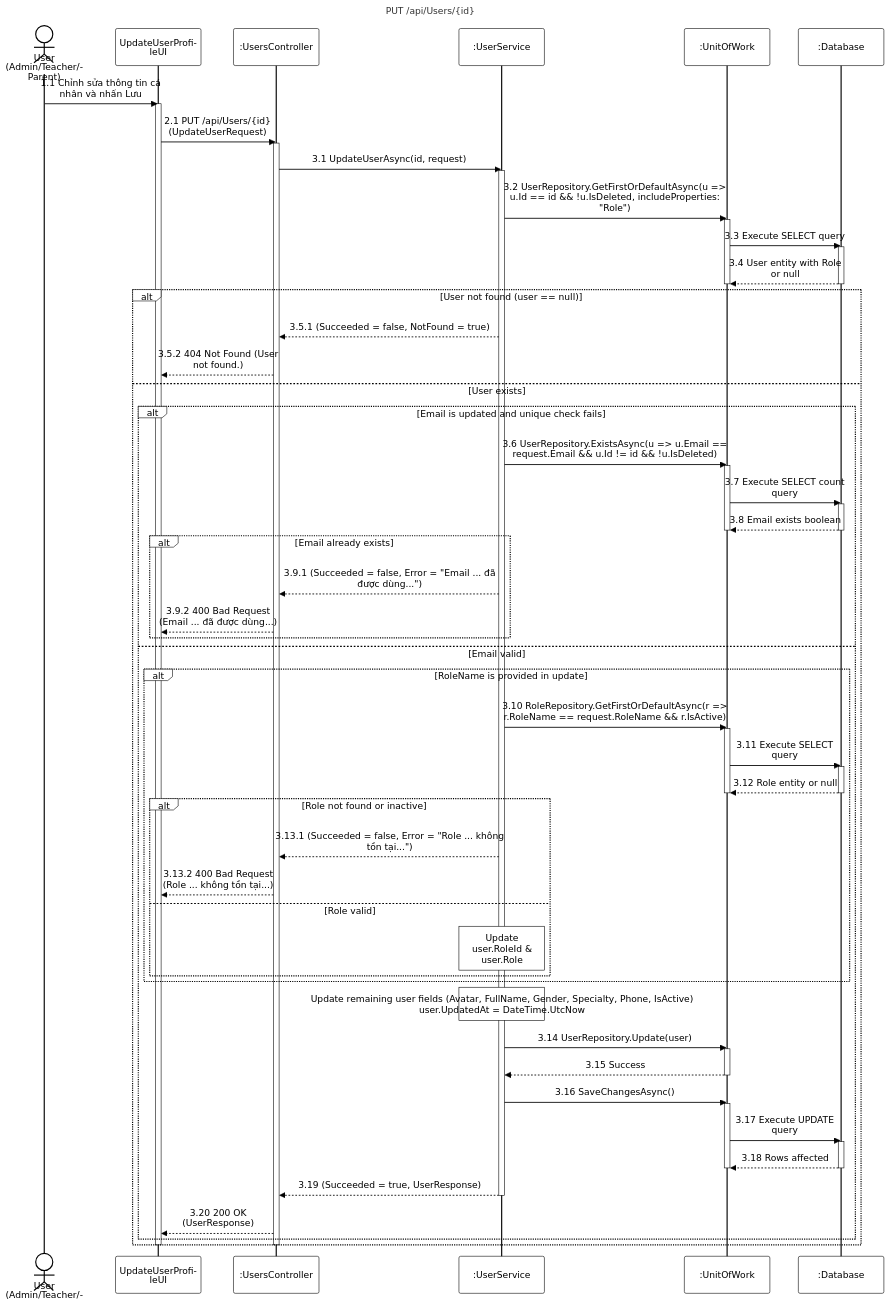
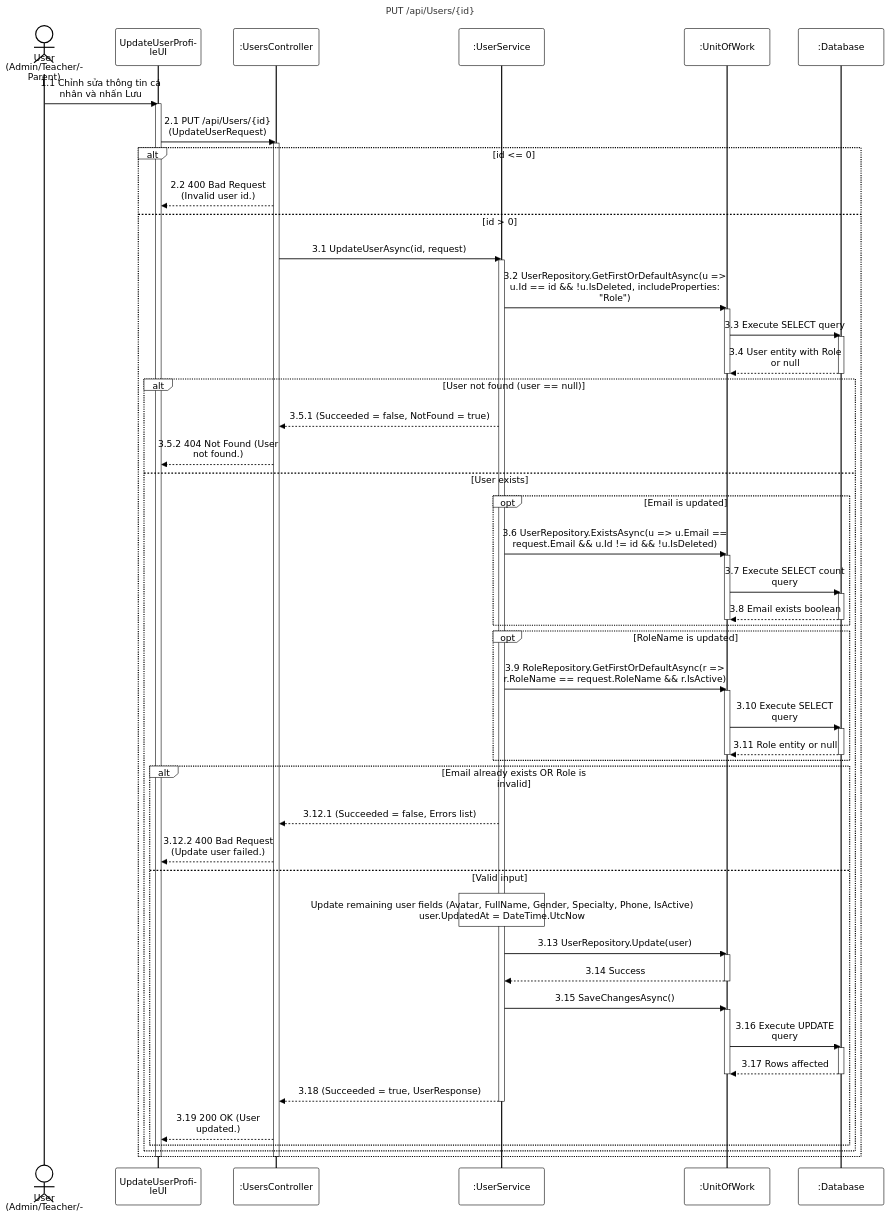
One commit to PhucAnDev/docx-diagram changed the diagram in 02-user-role-management/sequence-diagram/apis/update-user-profile.mmd. Above: the diagram before and after it, drawn with Mermaid. The commit also changed 1 other file, not shown here.

Commit message:
fix: update update-user-profile and other diagrams to synchronize actors, logic, validation with latest source code

```diff
--- a/02-user-role-management/sequence-diagram/apis/update-user-profile.mmd
+++ b/02-user-role-management/sequence-diagram/apis/update-user-profile.mmd
@@ -1,83 +1,80 @@
 %%{init: {'theme':'base', 'themeVariables': {'actorBkg':'#ffffff','actorBorder':'#000000','actorTextColor':'#000000','actorLineColor':'#000000','signalColor':'#000000','signalTextColor':'#000000','labelBoxBkgColor':'#ffffff','labelBoxBorderColor':'#000000','labelTextColor':'#000000','loopTextColor':'#000000','noteBkgColor':'#ffffff','noteBorderColor':'#000000','noteTextColor':'#000000','activationBorderColor':'#000000','activationBkgColor':'#ffffff','sequenceNumberColor':'#000000'}, 'sequence': {'width':150,'height':65,'actorFontSize':16,'messageFontSize':16,'wrap':true,'wrapPadding':10}}}%%
 sequenceDiagram
     title PUT /api/Users/{id}
     actor User as User (Admin/Teacher/Parent)
     participant UI as UpdateUserProfileUI
     participant Endpoint as :UsersController
     participant Service as :UserService
     participant DB as :UnitOfWork
     participant Database as :Database
 
     User->>UI: 1.1 Chỉnh sửa thông tin cá nhân và nhấn Lưu
     activate UI
     UI->>Endpoint: 2.1 PUT /api/Users/{id} (UpdateUserRequest)
     activate Endpoint
 
-    Endpoint->>Service: 3.1 UpdateUserAsync(id, request)
-    activate Service
+    alt id <= 0
+        Endpoint-->>UI: 2.2 400 Bad Request (Invalid user id.)
+    else id > 0
+        Endpoint->>Service: 3.1 UpdateUserAsync(id, request)
+        activate Service
 
-    Service->>DB: 3.2 UserRepository.GetFirstOrDefaultAsync(u => u.Id == id && !u.IsDeleted, includeProperties: "Role")
-    activate DB
-    DB->>Database: 3.3 Execute SELECT query
-    activate Database
-    Database-->>DB: 3.4 User entity with Role or null
-    deactivate Database
-    deactivate DB
+        Service->>DB: 3.2 UserRepository.GetFirstOrDefaultAsync(u => u.Id == id && !u.IsDeleted, includeProperties: "Role")
+        activate DB
+        DB->>Database: 3.3 Execute SELECT query
+        activate Database
+        Database-->>DB: 3.4 User entity with Role or null
+        deactivate Database
+        deactivate DB
 
-    alt User not found (user == null)
-        Service-->>Endpoint: 3.5.1 (Succeeded = false, NotFound = true)
-        Endpoint-->>UI: 3.5.2 404 Not Found (User not found.)
-    else User exists
-        alt Email is updated and unique check fails
-            Service->>DB: 3.6 UserRepository.ExistsAsync(u => u.Email == request.Email && u.Id != id && !u.IsDeleted)
-            activate DB
-            DB->>Database: 3.7 Execute SELECT count query
-            activate Database
-            Database-->>DB: 3.8 Email exists boolean
-            deactivate Database
-            deactivate DB
+        alt User not found (user == null)
+            Service-->>Endpoint: 3.5.1 (Succeeded = false, NotFound = true)
+            Endpoint-->>UI: 3.5.2 404 Not Found (User not found.)
+        else User exists
+            opt Email is updated
+                Service->>DB: 3.6 UserRepository.ExistsAsync(u => u.Email == request.Email && u.Id != id && !u.IsDeleted)
+                activate DB
+                DB->>Database: 3.7 Execute SELECT count query
+                activate Database
+                Database-->>DB: 3.8 Email exists boolean
+                deactivate Database
+                deactivate DB
+            end
 
-            alt Email already exists
-                Service-->>Endpoint: 3.9.1 (Succeeded = false, Error = "Email ... đã được dùng...")
-                Endpoint-->>UI: 3.9.2 400 Bad Request (Email ... đã được dùng...)
+            opt RoleName is updated
+                Service->>DB: 3.9 RoleRepository.GetFirstOrDefaultAsync(r => r.RoleName == request.RoleName && r.IsActive)
+                activate DB
+                DB->>Database: 3.10 Execute SELECT query
+                activate Database
+                Database-->>DB: 3.11 Role entity or null
+                deactivate Database
+                deactivate DB
             end
-        else Email valid
-            alt RoleName is provided in update
-                Service->>DB: 3.10 RoleRepository.GetFirstOrDefaultAsync(r => r.RoleName == request.RoleName && r.IsActive)
+
+            alt Email already exists OR Role is invalid
+                Service-->>Endpoint: 3.12.1 (Succeeded = false, Errors list)
+                Endpoint-->>UI: 3.12.2 400 Bad Request (Update user failed.)
+            else Valid input
+                note over Service: Update remaining user fields (Avatar, FullName, Gender, Specialty, Phone, IsActive)<br/>user.UpdatedAt = DateTime.UtcNow
+                
+                Service->>DB: 3.13 UserRepository.Update(user)
                 activate DB
-                DB->>Database: 3.11 Execute SELECT query
+                DB-->>Service: 3.14 Success
+                deactivate DB
+
+                Service->>DB: 3.15 SaveChangesAsync()
+                activate DB
+                DB->>Database: 3.16 Execute UPDATE query
                 activate Database
-                Database-->>DB: 3.12 Role entity or null
+                Database-->>DB: 3.17 Rows affected
                 deactivate Database
                 deactivate DB
 
-                alt Role not found or inactive
-                    Service-->>Endpoint: 3.13.1 (Succeeded = false, Error = "Role ... không tồn tại...")
-                    Endpoint-->>UI: 3.13.2 400 Bad Request (Role ... không tồn tại...)
-                else Role valid
-                    note over Service: Update user.RoleId & user.Role
-                end
+                Service-->>Endpoint: 3.18 (Succeeded = true, UserResponse)
+                deactivate Service
+                Endpoint-->>UI: 3.19 200 OK (User updated.)
             end
-            
-            note over Service: Update remaining user fields (Avatar, FullName, Gender, Specialty, Phone, IsActive)<br/>user.UpdatedAt = DateTime.UtcNow
-
-            Service->>DB: 3.14 UserRepository.Update(user)
-            activate DB
-            DB-->>Service: 3.15 Success
-            deactivate DB
-
-            Service->>DB: 3.16 SaveChangesAsync()
-            activate DB
-            DB->>Database: 3.17 Execute UPDATE query
-            activate Database
-            Database-->>DB: 3.18 Rows affected
-            deactivate Database
-            deactivate DB
-
-            Service-->>Endpoint: 3.19 (Succeeded = true, UserResponse)
-            deactivate Service
-            Endpoint-->>UI: 3.20 200 OK (UserResponse)
         end
     end
     deactivate Endpoint
     deactivate UI
```
